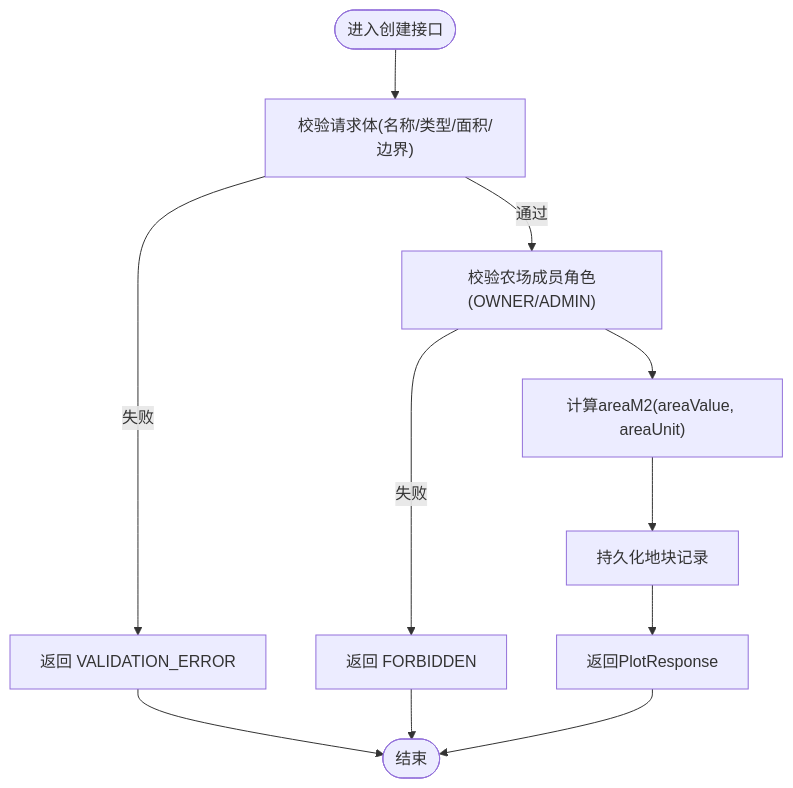
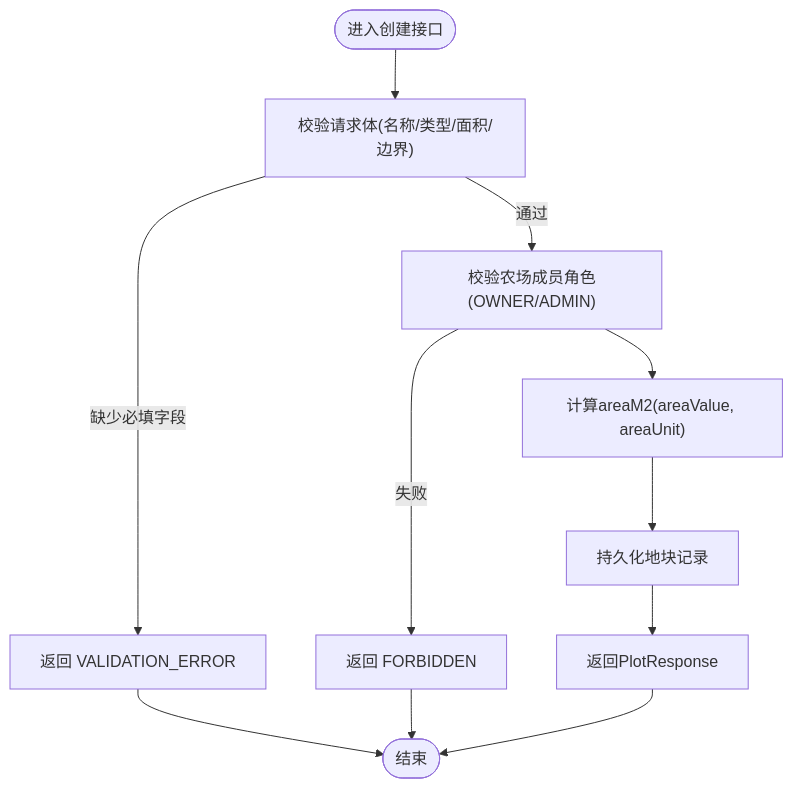
One commit to wungjyan/pocket-farm changed the fourth of 8 diagrams in .qoder/repowiki/zh/content/后端 API 文档/地块管理接口.md. Above: the diagram before and after it, drawn with Mermaid. The commit also changed other lines of this file and 198 other files, not shown here.

````diff
--- a/.qoder/repowiki/zh/content/后端 API 文档/地块管理接口.md
+++ b/.qoder/repowiki/zh/content/后端 API 文档/地块管理接口.md
@@ -190,13 +198,13 @@
 ```mermaid
 flowchart TD
 Start(["进入创建接口"]) --> Validate["校验请求体(名称/类型/面积/边界)"]
-Validate --> |失败| Err422["返回 VALIDATION_ERROR"]
+Validate --> |缺少必填字段| Err422["返回 VALIDATION_ERROR"]
 Validate --> |通过| Auth["校验农场成员角色(OWNER/ADMIN)"]
 Auth --> |失败| Err403["返回 FORBIDDEN"]
 Auth --> Calc["计算areaM2(areaValue, areaUnit)"]
 Calc --> Persist["持久化地块记录"]
 Persist --> Resp["返回PlotResponse"]
 Err422 --> End(["结束"])
 Err403 --> End
 Resp --> End
 ```
````
